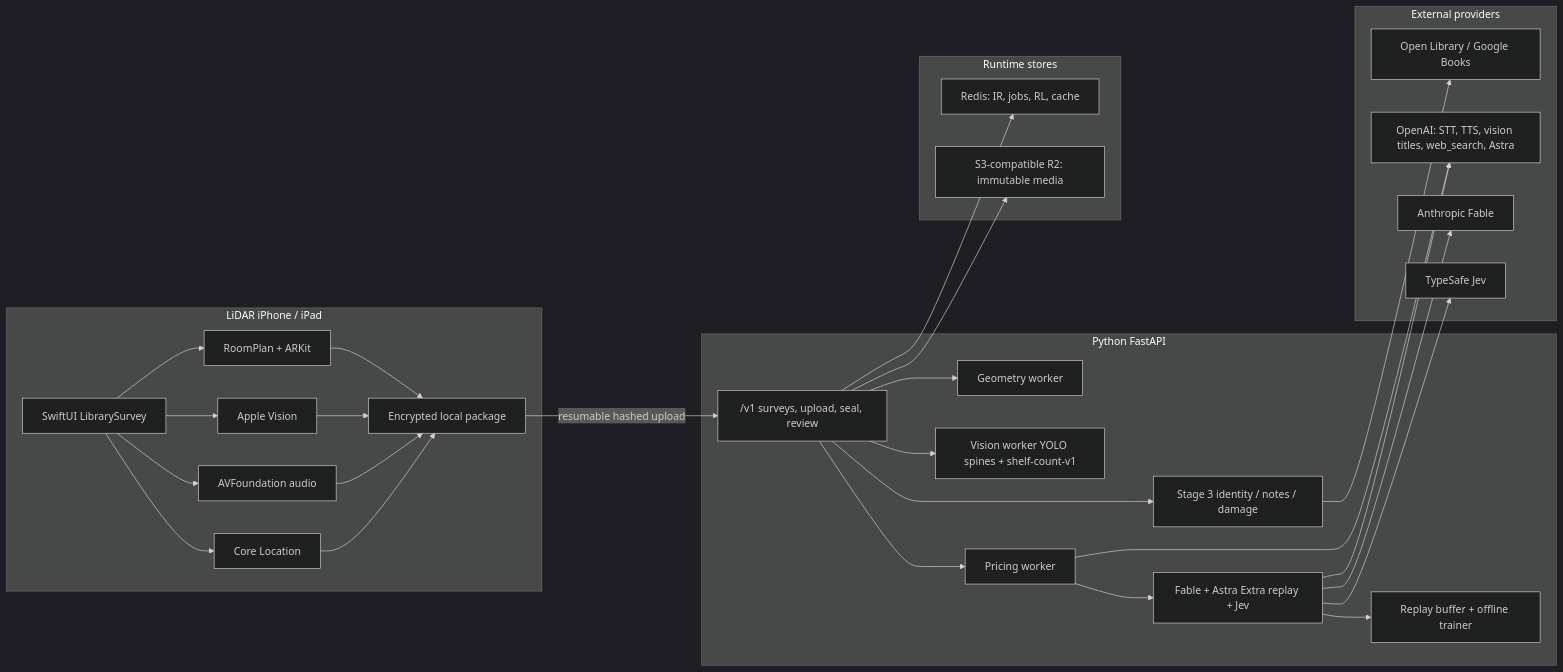
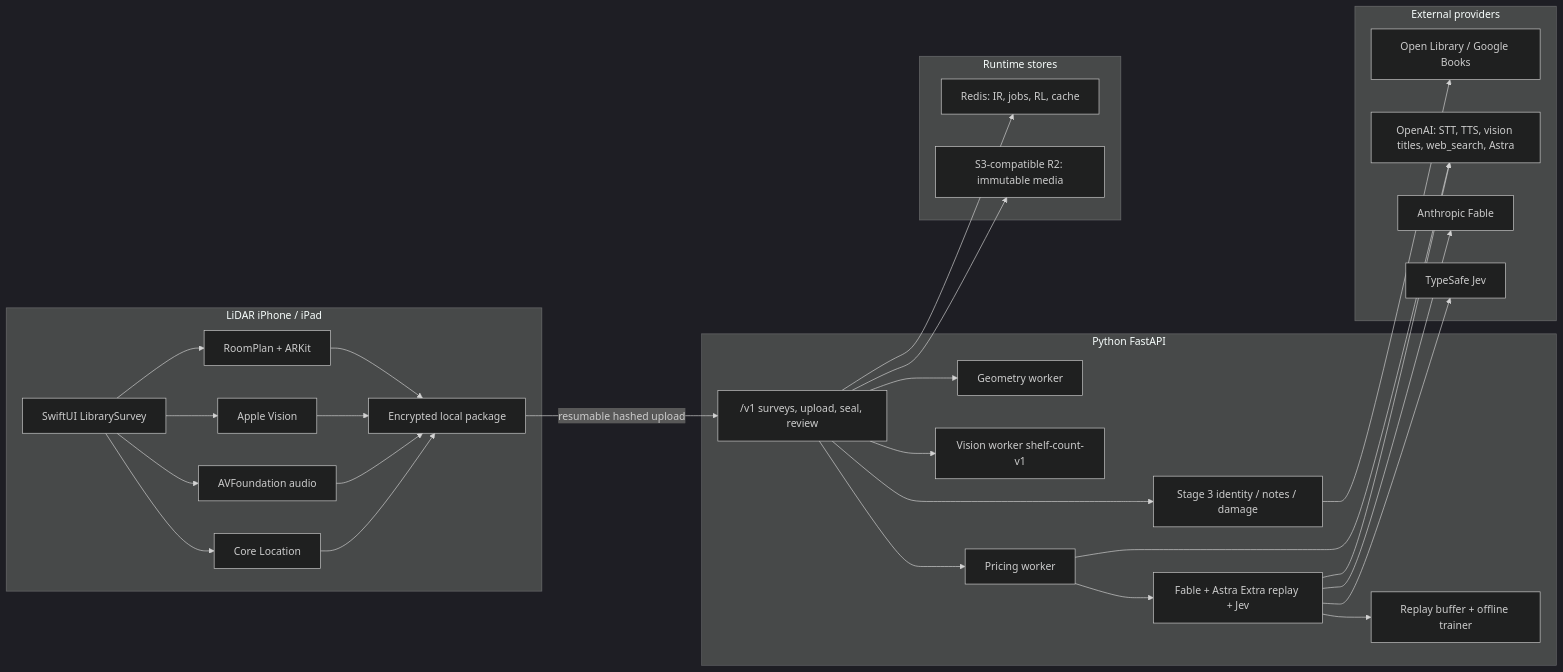
The first of 16 diagrams in README.md (harshsinha-12/library-estimate), drawn with Mermaid (dark theme) before and after one commit. The commit also changed other lines of this file and 7 other files, not shown here.

First line of the commit message:
Clarify Apple Vision vs YOLO in the architecture

````diff
--- a/README.md
+++ b/README.md
@@ -202,56 +202,56 @@
 ```mermaid
 flowchart LR
   subgraph Device["LiDAR iPhone / iPad"]
     APP["SwiftUI LibrarySurvey"]
     RP["RoomPlan + ARKit"]
     VN["Apple Vision"]
     AV["AVFoundation audio"]
     CL["Core Location"]
     PKG["Encrypted local package"]
     APP --> RP
     APP --> VN
     APP --> AV
     APP --> CL
     RP --> PKG
     VN --> PKG
     AV --> PKG
     CL --> PKG
   end
 
   subgraph Backend["Python FastAPI"]
     API["/v1 surveys, upload, seal, review"]
     GEO["Geometry worker"]
-    CV["Vision worker YOLO spines + shelf-count-v1"]
+    CV["Vision worker shelf-count-v1"]
     S3W["Stage 3 identity / notes / damage"]
     PRICE["Pricing worker"]
     MOD["Fable + Astra Extra replay + Jev"]
     RL["Replay buffer + offline trainer"]
     API --> GEO
     API --> CV
     API --> S3W
     API --> PRICE
     PRICE --> MOD
     MOD --> RL
   end
 
   subgraph Stores["Runtime stores"]
     REDIS["Redis: IR, jobs, RL, cache"]
     R2["S3-compatible R2: immutable media"]
   end
 
   subgraph Providers["External providers"]
     OL["Open Library / Google Books"]
     OAI["OpenAI: STT, TTS, vision titles, web_search, Astra"]
     ANT["Anthropic Fable"]
     JEV["TypeSafe Jev"]
   end
 
   PKG -->|"resumable hashed upload"| API
   API --> REDIS
   API --> R2
   S3W --> OL
   PRICE --> OAI
   MOD --> ANT
   MOD --> OAI
   MOD --> JEV
 ```
````
